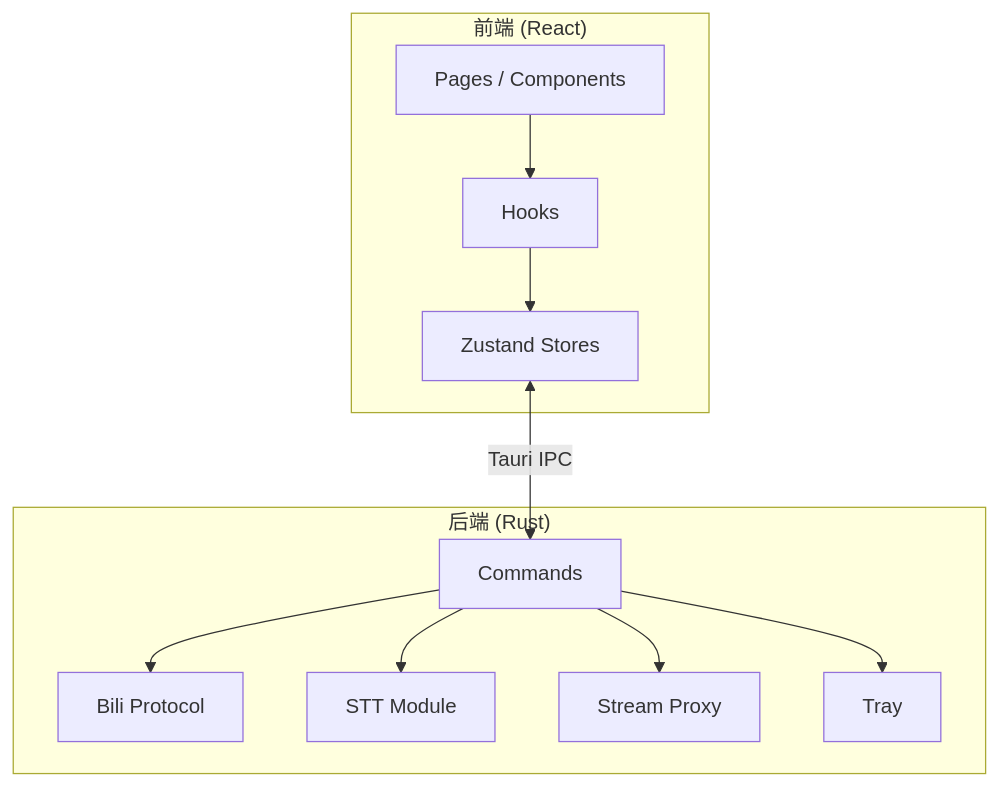
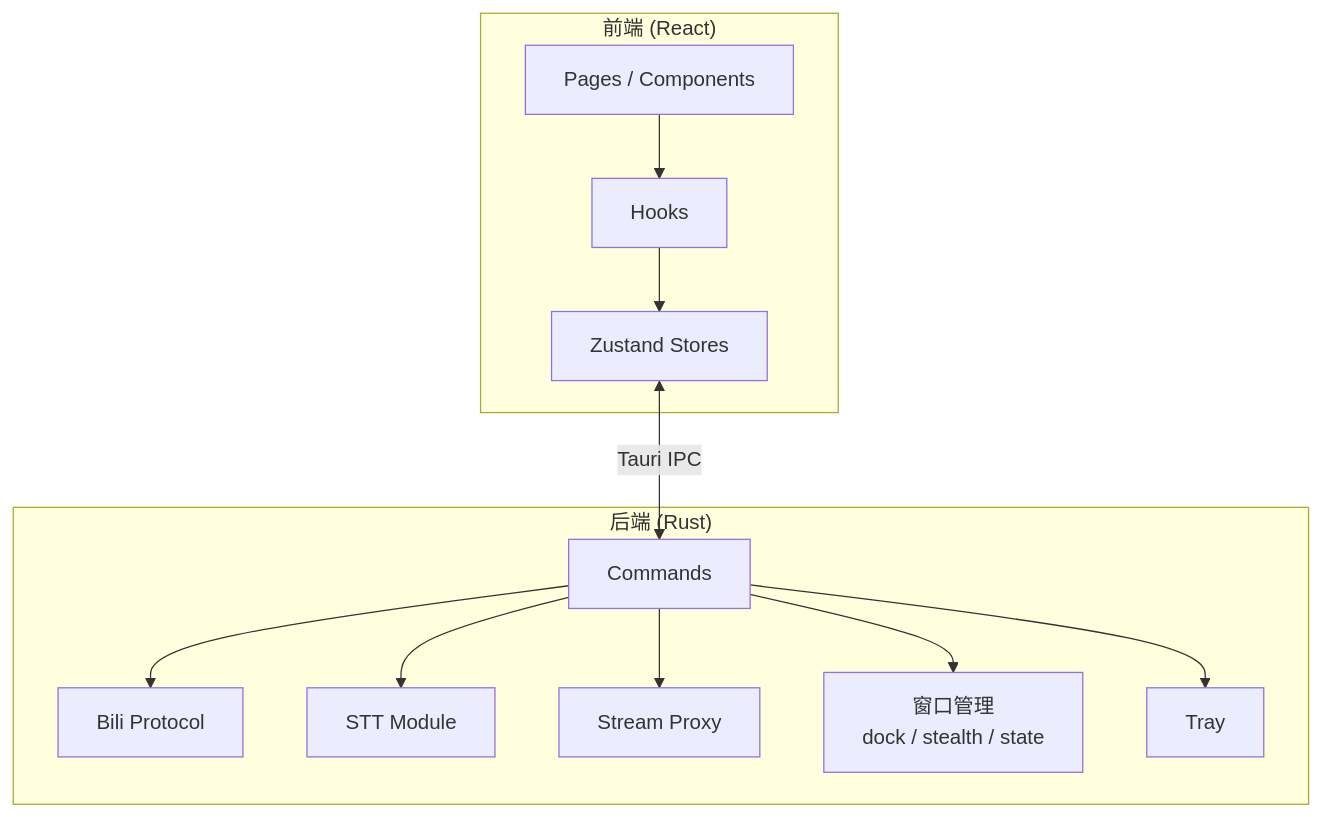
Before and after one commit to sfqy211/bilidanmu: the diagram in docs/docs/architecture/overview.md, drawn with Mermaid. The commit also changed other lines of this file and 29 other files, not shown here.

````diff
--- a/docs/docs/architecture/overview.md
+++ b/docs/docs/architecture/overview.md
@@ -7,24 +7,26 @@
 ```mermaid
 graph TB
     subgraph 前端["前端 (React)"]
         P["Pages / Components"]
         H["Hooks"]
         S["Zustand Stores"]
     end
 
     subgraph 后端["后端 (Rust)"]
         C["Commands"]
         B["Bili Protocol"]
         STT["STT Module"]
         Proxy["Stream Proxy"]
+        Win["窗口管理<br/>dock / stealth / state"]
         Tray["Tray"]
     end
 
     P --> H
     H --> S
     S <-->|"Tauri IPC"| C
     C --> B
     C --> STT
     C --> Proxy
+    C --> Win
     C --> Tray
 ```
````
